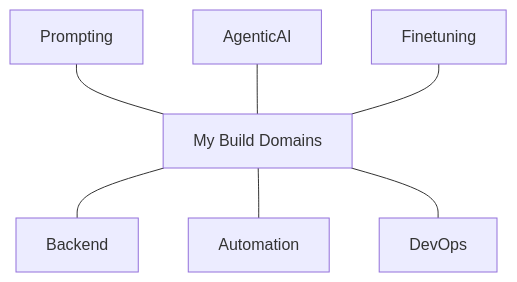
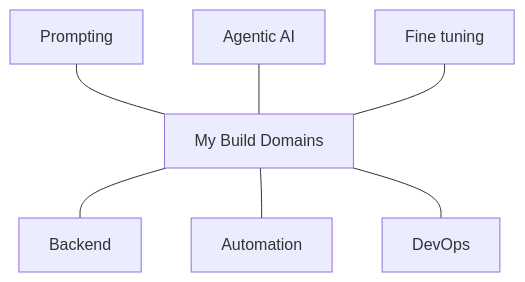
The diagram in README.md (disastrousDEVIL/disastrousDEVIL), drawn with Mermaid before and after one commit.

````diff
--- a/README.md
+++ b/README.md
@@ -57,24 +57,24 @@
 ```mermaid
 graph TD
 
   A1[Prompting]
-  A2[AgenticAI]
-  A3[Finetuning]
+  A2[Agentic AI]
+  A3[Fine tuning]
 
   Core[My Build Domains]
 
   B1[Backend]
   B2[Automation]
   B3[DevOps]
 
   A1 --- Core
   A2 --- Core
   A3 --- Core
 
   Core --- B1
   Core --- B2
   Core --- B3
 
 
 
 ```
````
